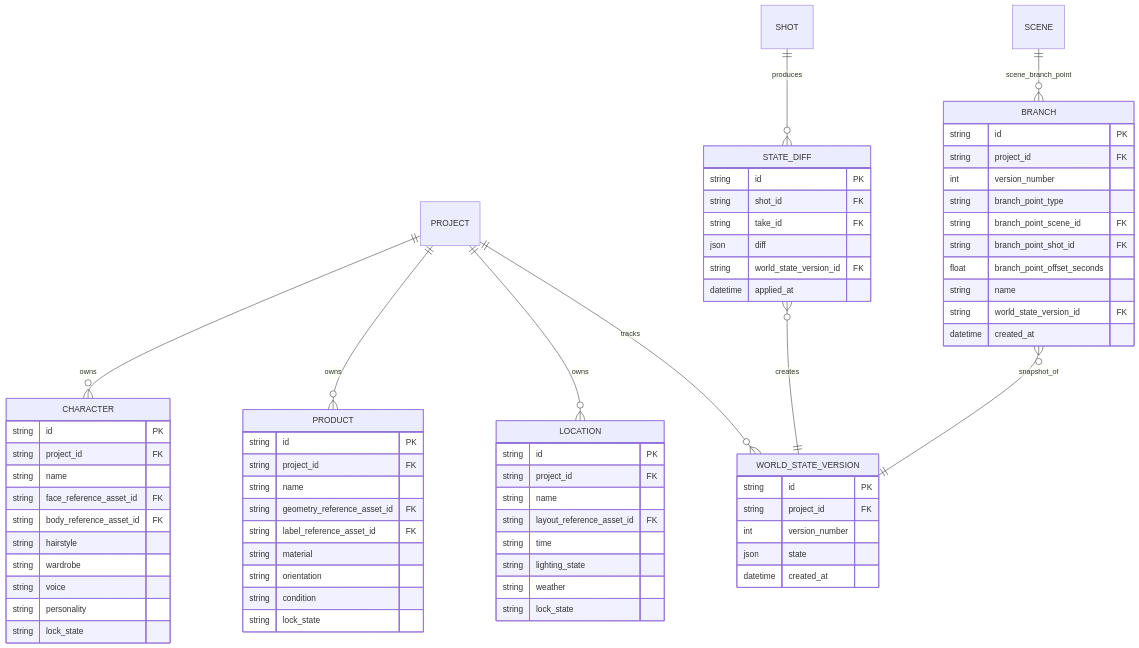
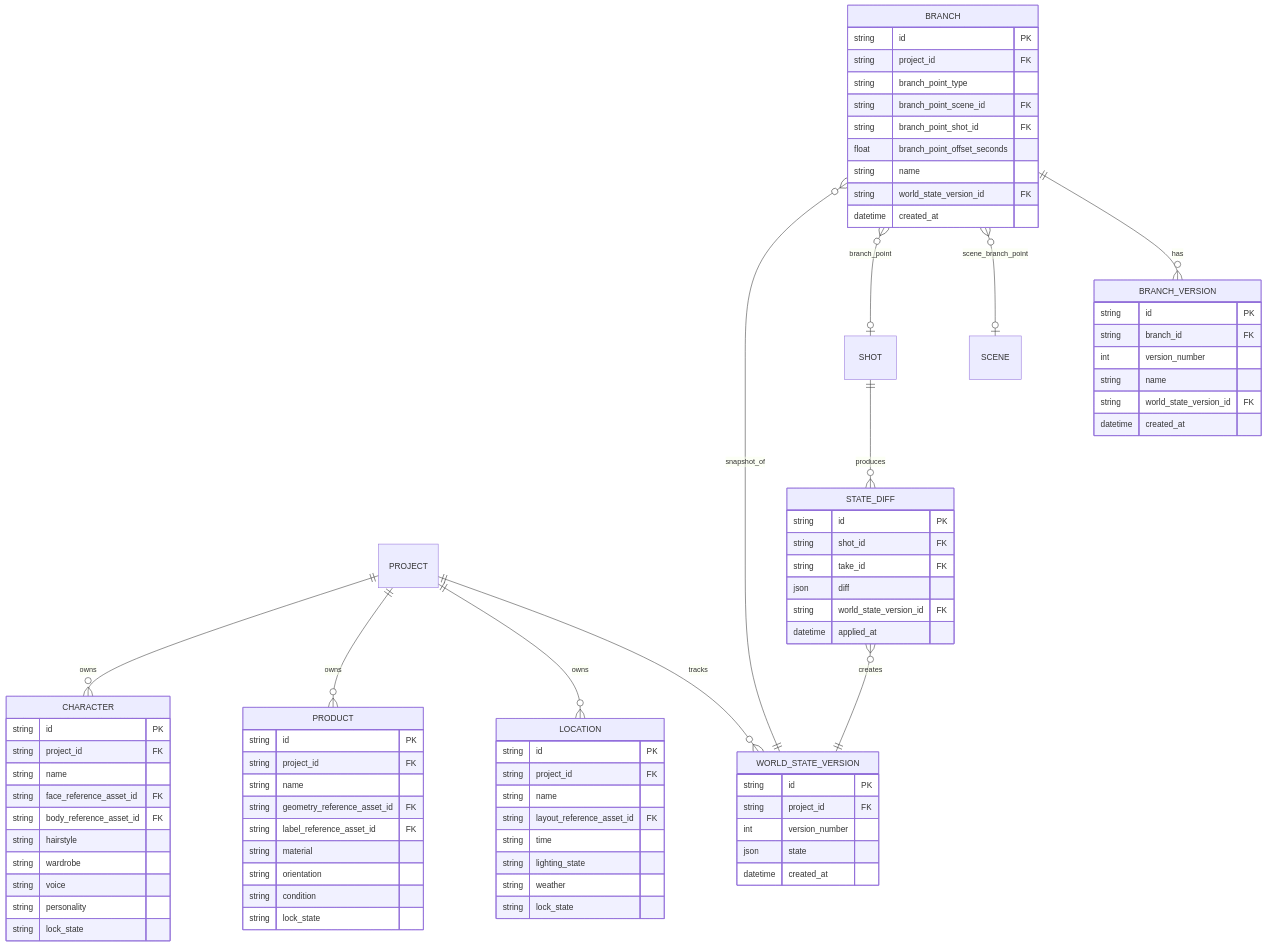
The third of 5 diagrams in spec/architecture/er.md (ousiassllc/mam), drawn with Mermaid before and after one commit. The commit also changed other lines of this file, not shown here.

Commit message:
fix: BranchのversionをBRANCH_VERSION子テーブルへ再設計し関係線をNULL許容と整合

````diff
--- a/spec/architecture/er.md
+++ b/spec/architecture/er.md
@@ -126,72 +127,81 @@
 ```mermaid
 erDiagram
     PROJECT ||--o{ CHARACTER : owns
     PROJECT ||--o{ PRODUCT : owns
     PROJECT ||--o{ LOCATION : owns
     PROJECT ||--o{ WORLD_STATE_VERSION : tracks
     SHOT ||--o{ STATE_DIFF : produces
     STATE_DIFF }o--|| WORLD_STATE_VERSION : creates
     BRANCH }o--|| WORLD_STATE_VERSION : snapshot_of
-    SCENE ||--o{ BRANCH : scene_branch_point
+    BRANCH }o--o| SHOT : branch_point
+    BRANCH }o--o| SCENE : scene_branch_point
+    BRANCH ||--o{ BRANCH_VERSION : has
 
     CHARACTER {
         string id PK
         string project_id FK
         string name
         string face_reference_asset_id FK
         string body_reference_asset_id FK
         string hairstyle
         string wardrobe
         string voice
         string personality
         string lock_state
     }
     PRODUCT {
         string id PK
         string project_id FK
         string name
         string geometry_reference_asset_id FK
         string label_reference_asset_id FK
         string material
         string orientation
         string condition
         string lock_state
     }
     LOCATION {
         string id PK
         string project_id FK
         string name
         string layout_reference_asset_id FK
         string time
         string lighting_state
         string weather
         string lock_state
     }
     WORLD_STATE_VERSION {
         string id PK
         string project_id FK
         int version_number
         json state
         datetime created_at
     }
     STATE_DIFF {
         string id PK
         string shot_id FK
         string take_id FK
         json diff
         string world_state_version_id FK
         datetime applied_at
     }
     BRANCH {
         string id PK
         string project_id FK
-        int version_number
         string branch_point_type
         string branch_point_scene_id FK
         string branch_point_shot_id FK
         float branch_point_offset_seconds
         string name
         string world_state_version_id FK
         datetime created_at
     }
+    BRANCH_VERSION {
+        string id PK
+        string branch_id FK
+        int version_number
+        string name
+        string world_state_version_id FK
+        datetime created_at
+    }
 ```
````
